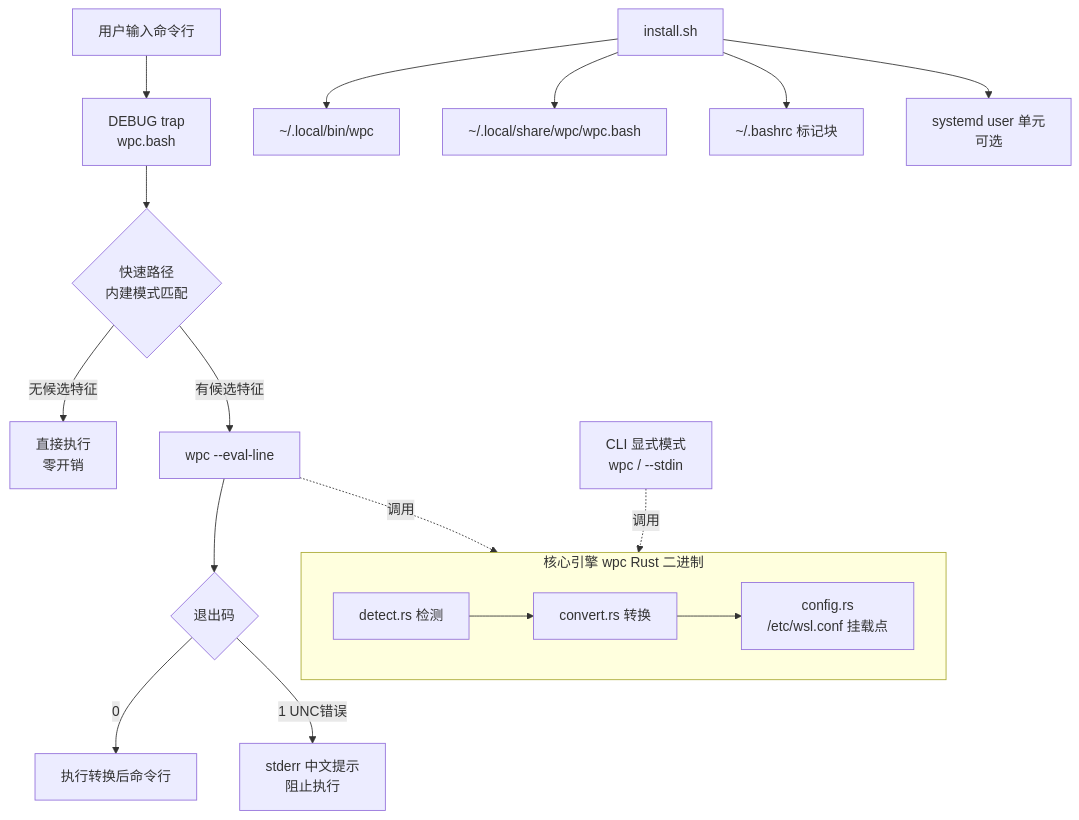
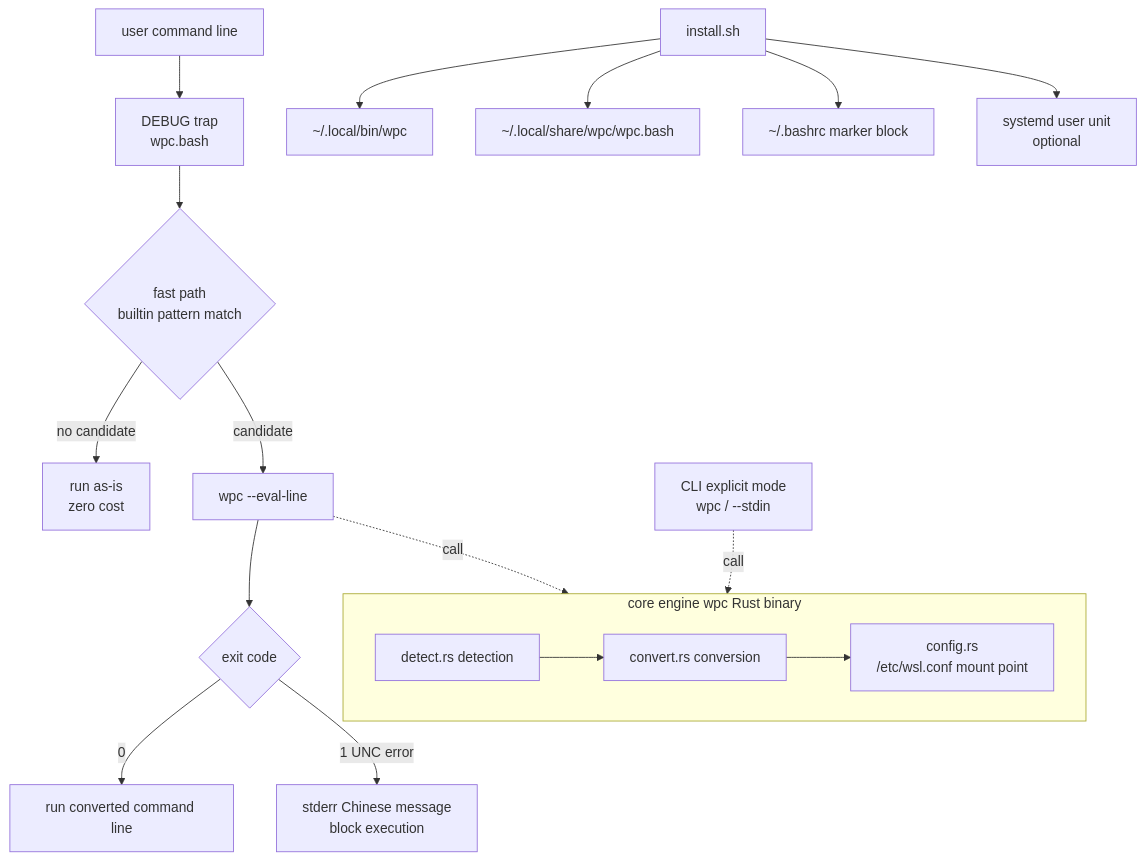
One commit to shorthairking/Windows2WSL-Path-Convert changed the diagram in docs/development-plan.md. Above: the diagram before and after it, drawn with Mermaid. The commit also changed other lines of this file and 13 other files, not shown here.

````diff
--- a/docs/development-plan.md
+++ b/docs/development-plan.md
@@ -72,20 +75,20 @@
 ```mermaid
 flowchart TB
-    U[用户输入命令行] --> T[DEBUG trap<br/>wpc.bash]
-    T --> F{快速路径<br/>内建模式匹配}
-    F -- 无候选特征 --> E1[直接执行<br/>零开销]
-    F -- 有候选特征 --> W[wpc --eval-line]
-    W --> C{退出码}
-    C -- 0 --> E2[执行转换后命令行]
-    C -- 1 UNC错误 --> P[stderr 中文提示<br/>阻止执行]
-    subgraph core [核心引擎 wpc Rust 二进制]
-      D[detect.rs 检测] --> V[convert.rs 转换]
-      V --> cfg[config.rs<br/>/etc/wsl.conf 挂载点]
+    U[user command line] --> T[DEBUG trap<br/>wpc.bash]
+    T --> F{fast path<br/>builtin pattern match}
+    F -- no candidate --> E1[run as-is<br/>zero cost]
+    F -- candidate --> W[wpc --eval-line]
+    W --> C{exit code}
+    C -- 0 --> E2[run converted command line]
+    C -- 1 UNC error --> P[stderr Chinese message<br/>block execution]
+    subgraph core [core engine wpc Rust binary]
+      D[detect.rs detection] --> V[convert.rs conversion]
+      V --> cfg[config.rs<br/>/etc/wsl.conf mount point]
     end
-    W -.调用.-> core
-    CLI[CLI 显式模式<br/>wpc / --stdin] -.调用.-> core
+    W -.call.-> core
+    CLI[CLI explicit mode<br/>wpc / --stdin] -.call.-> core
     I[install.sh] --> B[~/.local/bin/wpc]
     I --> H[~/.local/share/wpc/wpc.bash]
-    I --> R[~/.bashrc 标记块]
-    I --> S[systemd user 单元<br/>可选]
+    I --> R[~/.bashrc marker block]
+    I --> S[systemd user unit<br/>optional]
 ```
````
